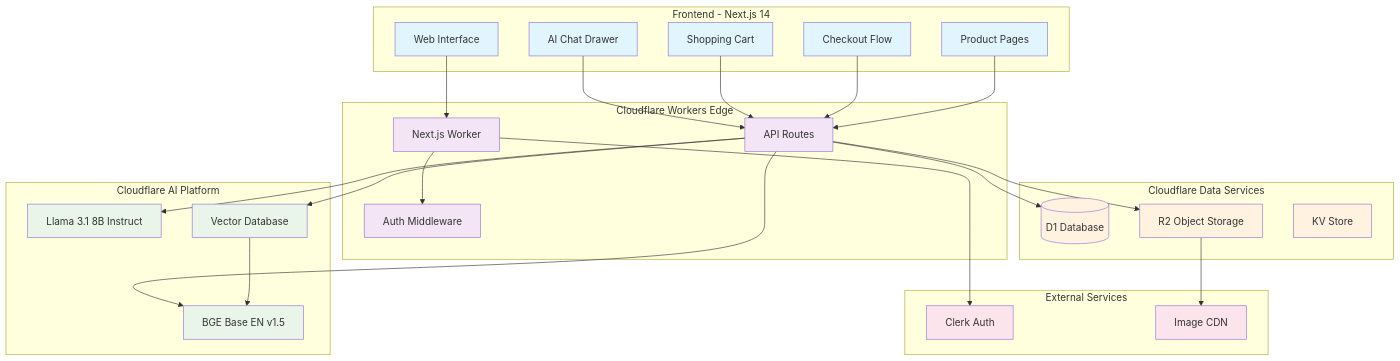
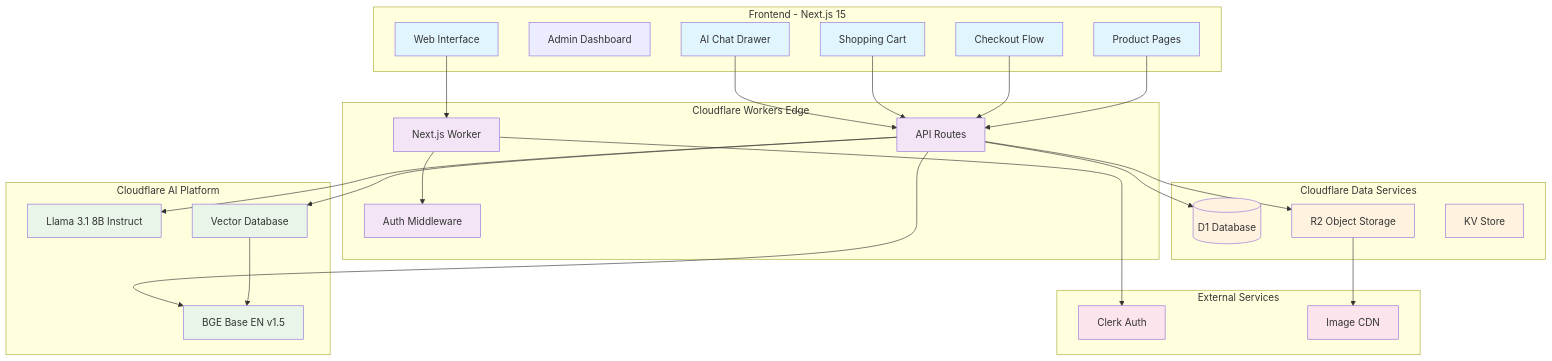
Before and after one commit to russellkmoore/mercora: the first of 7 diagrams in docs/architecture.md, drawn with Mermaid. The commit also changed 16 other files, not shown here.

````diff
--- a/docs/architecture.md
+++ b/docs/architecture.md
@@ -7,69 +7,70 @@
 ```mermaid
 graph TB
     %% User Interface Layer
-    subgraph "Frontend - Next.js 14"
+    subgraph "Frontend - Next.js 15"
         UI[Web Interface]
+        Admin[Admin Dashboard]
         Chat[AI Chat Drawer]
         Cart[Shopping Cart]
         Checkout[Checkout Flow]
         Products[Product Pages]
     end
 
     %% Edge Computing Layer
     subgraph "Cloudflare Workers Edge"
         Worker[Next.js Worker]
         Routes[API Routes]
         Middleware[Auth Middleware]
     end
 
     %% AI Services Layer
     subgraph "Cloudflare AI Platform"
         LLM[Llama 3.1 8B Instruct]
         Embeddings[BGE Base EN v1.5]
         Vectorize[Vector Database]
     end
 
     %% Data Layer
     subgraph "Cloudflare Data Services"
         D1[(D1 Database)]
         R2[R2 Object Storage]
         KV[KV Store]
     end
 
     %% External Services
     subgraph "External Services"
         Clerk[Clerk Auth]
         Images[Image CDN]
     end
 
     %% Connections
     UI --> Worker
     Chat --> Routes
     Cart --> Routes
     Checkout --> Routes
     Products --> Routes
 
     Routes --> LLM
     Routes --> Embeddings
     Routes --> Vectorize
     Routes --> D1
     Routes --> R2
 
     Worker --> Clerk
     Worker --> Middleware
 
     R2 --> Images
     Vectorize --> Embeddings
 
     classDef frontend fill:#e1f5fe
     classDef edge fill:#f3e5f5
     classDef ai fill:#e8f5e8
     classDef data fill:#fff3e0
     classDef external fill:#fce4ec
 
     class UI,Chat,Cart,Checkout,Products frontend
     class Worker,Routes,Middleware edge
     class LLM,Embeddings,Vectorize ai
     class D1,R2,KV data
     class Clerk,Images external
 ```
````
